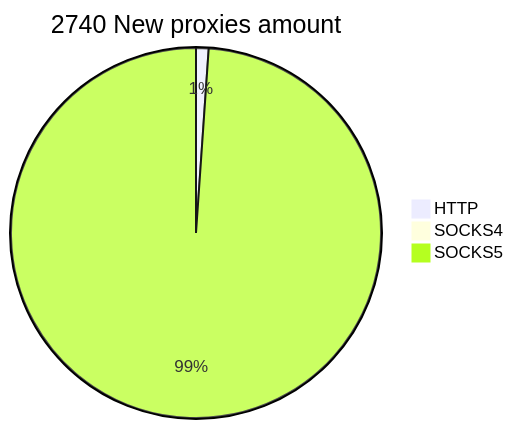
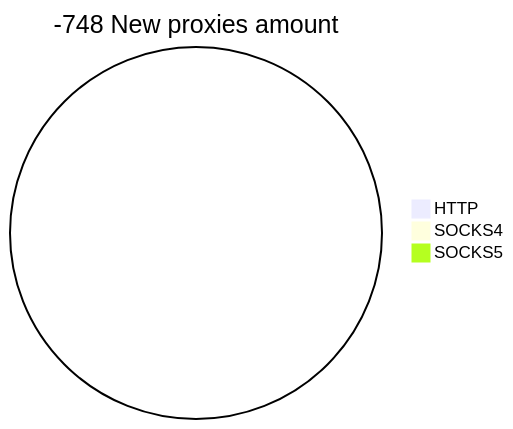
The second of 2 diagrams in README.md (cutipu/proxylist), drawn with Mermaid before and after one commit. The commit also changed other lines of this file, not shown here.

````diff
--- a/README.md
+++ b/README.md
@@ -10,6 +10,6 @@
 ```mermaid
-pie title 2740 New proxies amount
-    "HTTP" : 30
+pie title -748 New proxies amount
+    "HTTP" : 0
     "SOCKS4" : 0
-    "SOCKS5" : 2710
+    "SOCKS5" : 0
 ```
````
